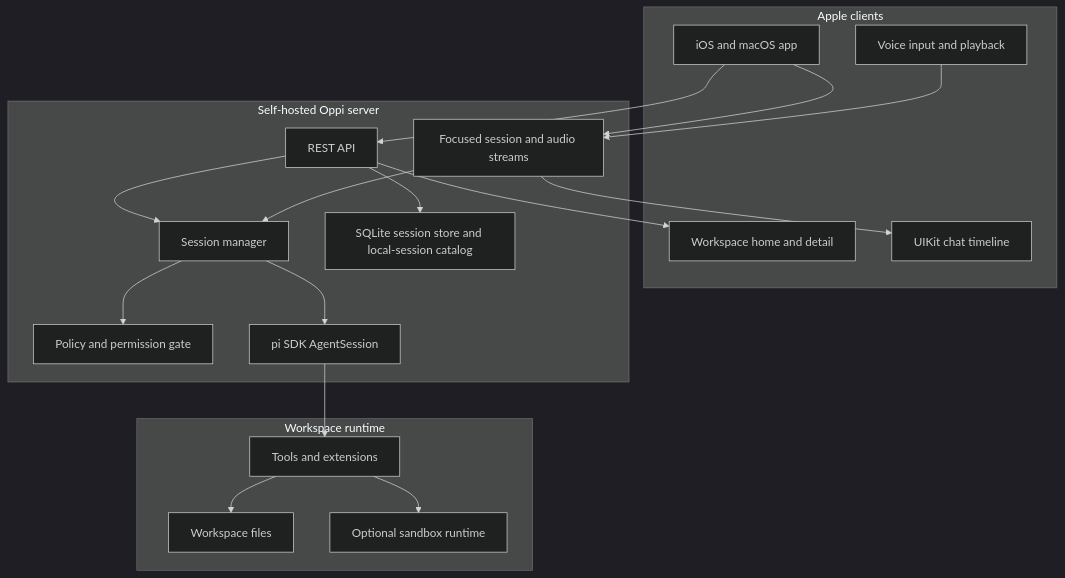
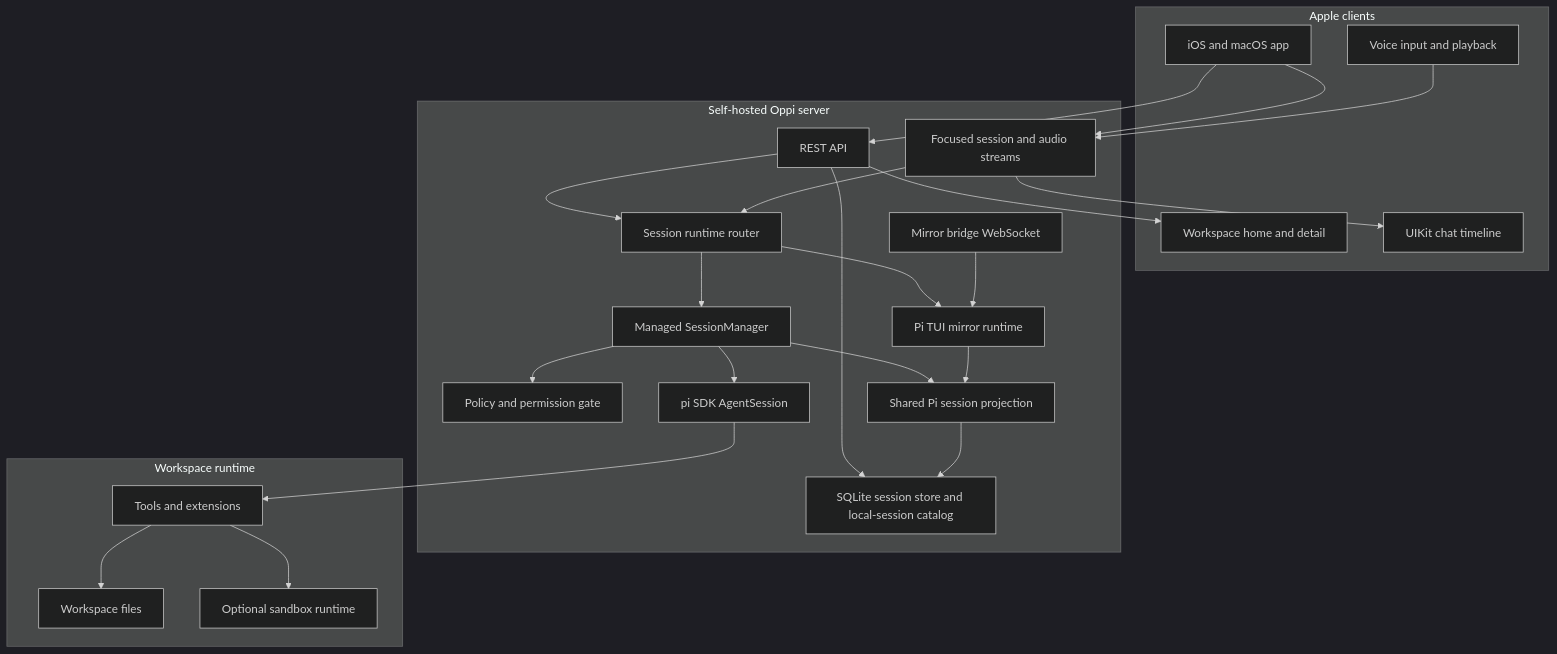
Before and after one commit to duh17/oppi: the first of 7 diagrams in docs/architecture.md, drawn with Mermaid (dark theme). The commit also changed other lines of this file, not shown here.

Commit message:
docs: update architecture for pi mirror runtime

````diff
--- a/docs/architecture.md
+++ b/docs/architecture.md
@@ -13,38 +13,48 @@
 ```mermaid
 graph TD
   subgraph Apple[Apple clients]
     App[iOS and macOS app]
     WorkspaceUI[Workspace home and detail]
     Timeline[UIKit chat timeline]
     Voice[Voice input and playback]
   end
 
   subgraph Server[Self-hosted Oppi server]
     HTTP[REST API]
     Streams[Focused session and audio streams]
-    Sessions[Session manager]
+    Router[Session runtime router]
+    Sessions[Managed SessionManager]
+    Mirror[Pi TUI mirror runtime]
+    Bridge[Mirror bridge WebSocket]
     Policy[Policy and permission gate]
     Storage[SQLite session store and local-session catalog]
+    Project[Shared Pi session projection]
     Pi[pi SDK AgentSession]
   end
 
   subgraph Workspace[Workspace runtime]
     Files[Workspace files]
     Tools[Tools and extensions]
     Sandbox[Optional sandbox runtime]
   end
 
   App --> HTTP
   App --> Streams
-  HTTP --> Sessions
+  HTTP --> Router
   HTTP --> Storage
-  Streams --> Sessions
+  Streams --> Router
+  Router --> Sessions
+  Router --> Mirror
+  Bridge --> Mirror
   Sessions --> Policy
   Sessions --> Pi
+  Sessions --> Project
+  Mirror --> Project
   Pi --> Tools
   Tools --> Files
+  Project --> Storage
   Tools --> Sandbox
   HTTP --> WorkspaceUI
   Streams --> Timeline
   Voice --> Streams
 ```
````
